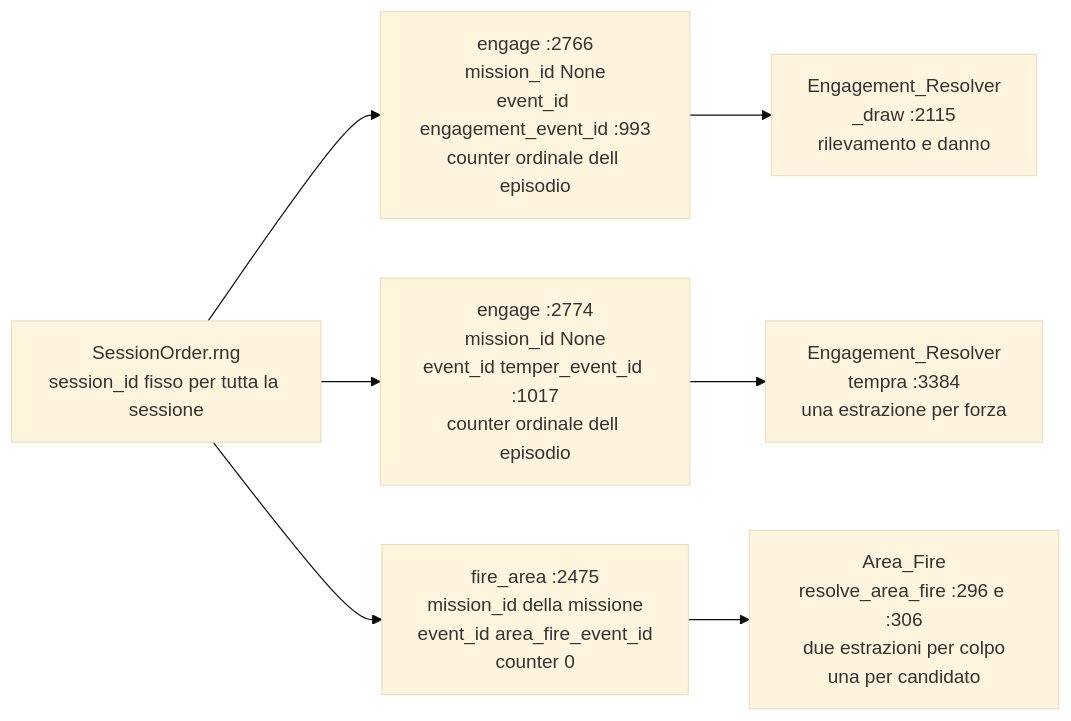
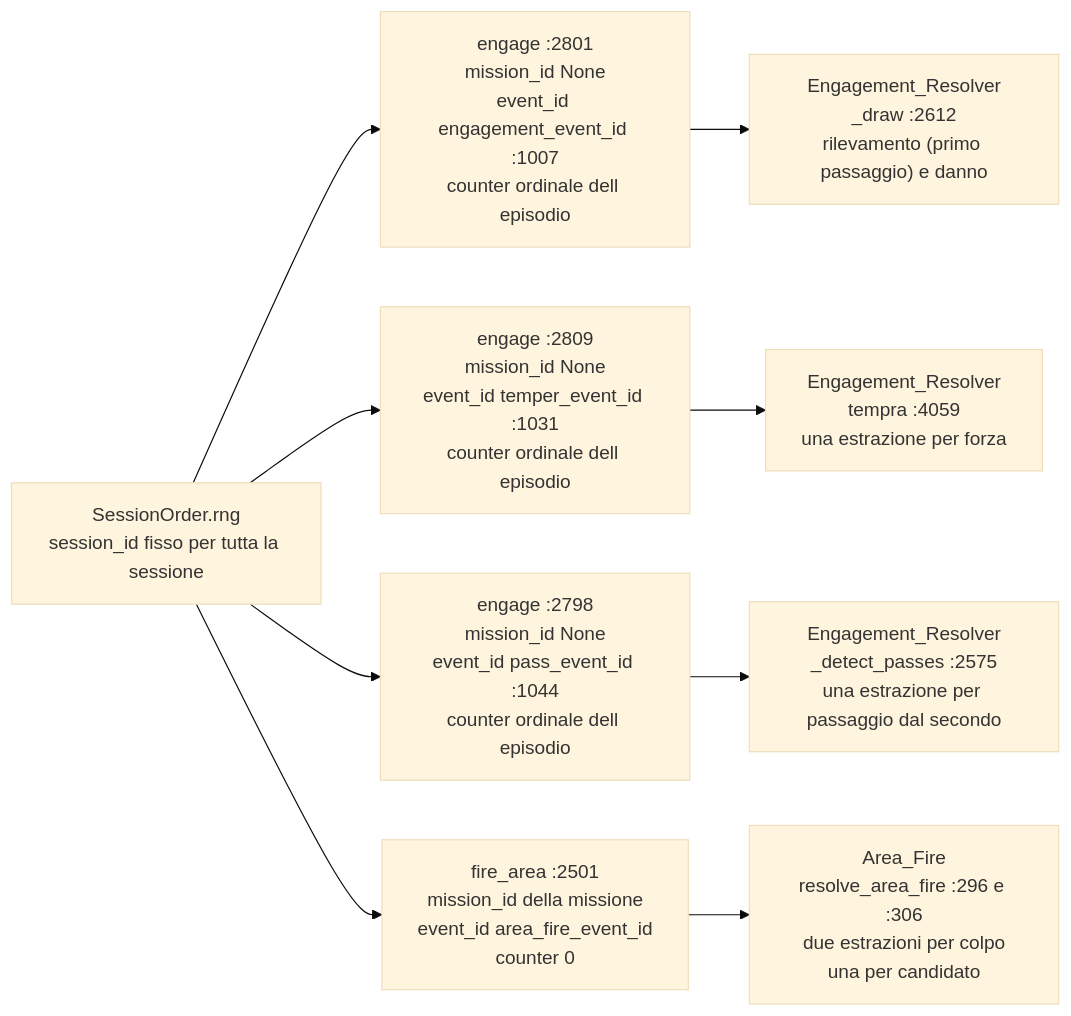
Diagram 17 of 20 in Analysis/Document/Manuale_Motore_DES/11c_Atlante_Porte_Campagna.md (MakusIV/Warfare-Model), drawn with Mermaid (base theme) before and after one commit. The commit also changed other lines of this file and 11 other files, not shown here.

````diff
--- a/Analysis/Document/Manuale_Motore_DES/11c_Atlante_Porte_Campagna.md
+++ b/Analysis/Document/Manuale_Motore_DES/11c_Atlante_Porte_Campagna.md
@@ -963,17 +963,21 @@
 ```mermaid
 flowchart LR
     ORD["SessionOrder.rng<br/>session_id fisso per tutta la sessione"]
-    K1["engage :2766<br/>mission_id None<br/>event_id engagement_event_id :993<br/>counter ordinale dell episodio"]
-    K2["engage :2774<br/>mission_id None<br/>event_id temper_event_id :1017<br/>counter ordinale dell episodio"]
-    K3["fire_area :2475<br/>mission_id della missione<br/>event_id area_fire_event_id<br/>counter 0"]
-    C1["Engagement_Resolver<br/>_draw :2115<br/>rilevamento e danno"]
-    C2["Engagement_Resolver<br/>tempra :3384<br/>una estrazione per forza"]
+    K1["engage :2801<br/>mission_id None<br/>event_id engagement_event_id :1007<br/>counter ordinale dell episodio"]
+    K2["engage :2809<br/>mission_id None<br/>event_id temper_event_id :1031<br/>counter ordinale dell episodio"]
+    K4["engage :2798<br/>mission_id None<br/>event_id pass_event_id :1044<br/>counter ordinale dell episodio"]
+    K3["fire_area :2501<br/>mission_id della missione<br/>event_id area_fire_event_id<br/>counter 0"]
+    C1["Engagement_Resolver<br/>_draw :2612<br/>rilevamento (primo passaggio) e danno"]
+    C2["Engagement_Resolver<br/>tempra :4059<br/>una estrazione per forza"]
+    C4["Engagement_Resolver<br/>_detect_passes :2575<br/>una estrazione per passaggio dal secondo"]
     C3["Area_Fire<br/>resolve_area_fire :296 e :306<br/>due estrazioni per colpo<br/>una per candidato"]
 
     ORD --> K1
     ORD --> K2
+    ORD --> K4
     ORD --> K3
     K1 --> C1
     K2 --> C2
+    K4 --> C4
     K3 --> C3
 ```
````
